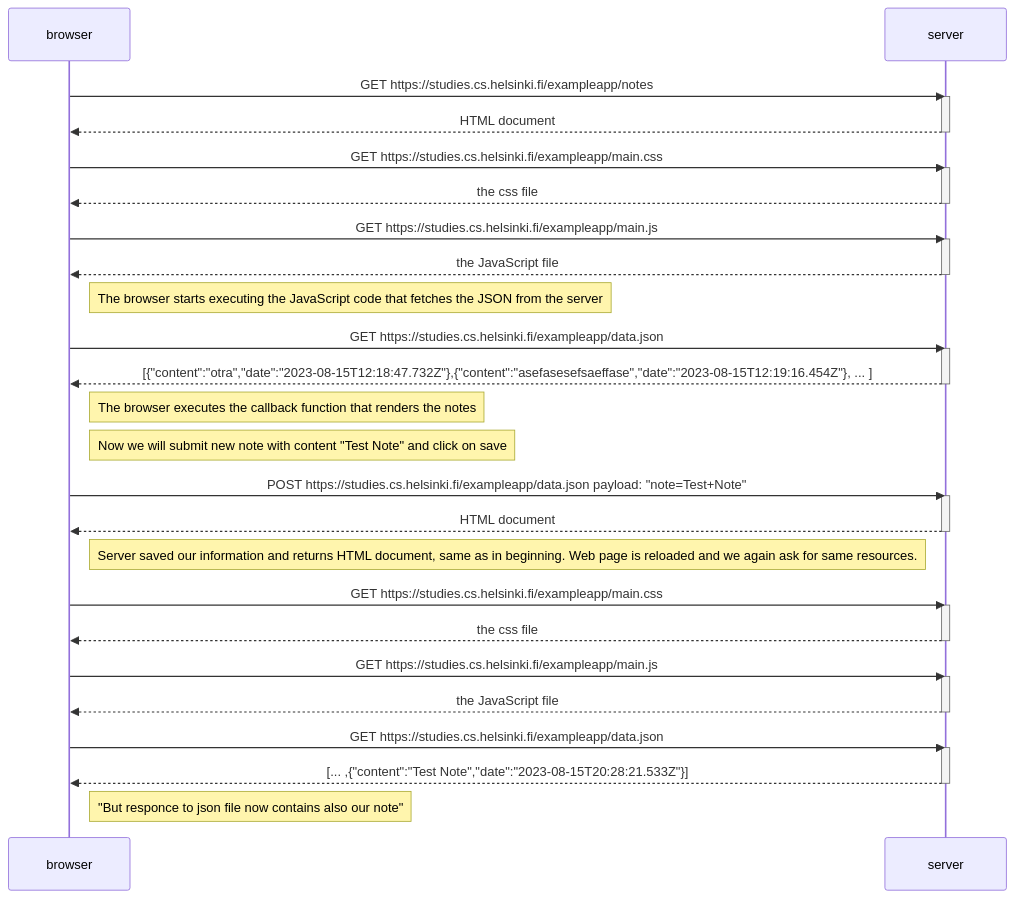
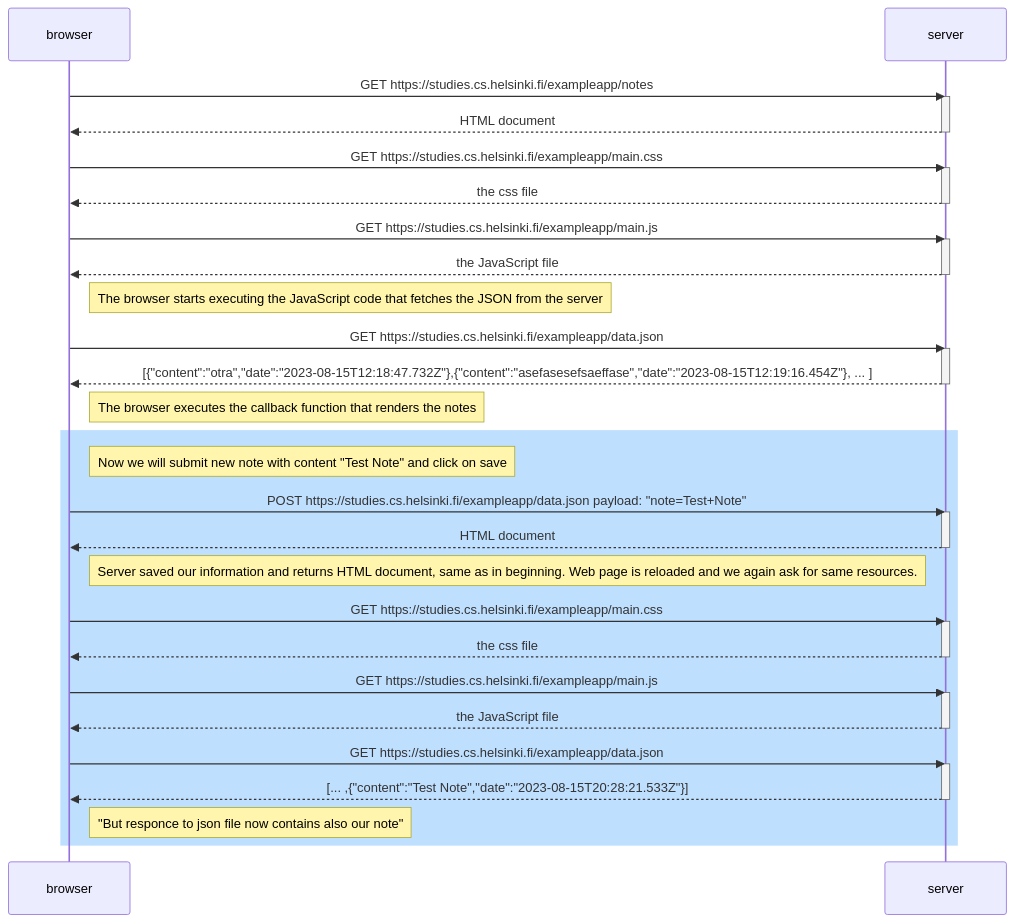
One commit to burlito/hy-fullstack-submission-repository changed the diagram in part0/4_new_note.mmd. Above: the diagram before and after it, drawn with Mermaid. The commit also changed 1 other file, not shown here.

```diff
--- a/part0/4_new_note.mmd
+++ b/part0/4_new_note.mmd
@@ -1,52 +1,54 @@
 sequenceDiagram
     participant browser
     participant server
 
     browser->>server: GET https://studies.cs.helsinki.fi/exampleapp/notes
     activate server
     server-->>browser: HTML document
     deactivate server
 
     browser->>server: GET https://studies.cs.helsinki.fi/exampleapp/main.css
     activate server
     server-->>browser: the css file
     deactivate server
 
     browser->>server: GET https://studies.cs.helsinki.fi/exampleapp/main.js
     activate server
     server-->>browser: the JavaScript file
     deactivate server
 
     Note right of browser: The browser starts executing the JavaScript code that fetches the JSON from the server
 
     browser->>server: GET https://studies.cs.helsinki.fi/exampleapp/data.json
     activate server
     server-->>browser: [{"content":"otra","date":"2023-08-15T12:18:47.732Z"},{"content":"asefasesefsaeffase","date":"2023-08-15T12:19:16.454Z"}, ... ]
     deactivate server
 
     Note right of browser: The browser executes the callback function that renders the notes
 
+    rect rgb(191, 223, 255)
 	Note right of browser: Now we will submit new note with content "Test Note" and click on save
 
     browser->>server: POST https://studies.cs.helsinki.fi/exampleapp/data.json payload: "note=Test+Note"
     activate server
     server-->>browser: HTML document
     deactivate server
 
 	Note  right of browser: Server saved our information and returns HTML document, same as in beginning. Web page is reloaded and we again ask for same resources.
 
-   browser->>server: GET https://studies.cs.helsinki.fi/exampleapp/main.css
+    browser->>server: GET https://studies.cs.helsinki.fi/exampleapp/main.css
     activate server
     server-->>browser: the css file
     deactivate server
 
     browser->>server: GET https://studies.cs.helsinki.fi/exampleapp/main.js
     activate server
     server-->>browser: the JavaScript file
     deactivate server
 
     browser->>server: GET https://studies.cs.helsinki.fi/exampleapp/data.json
     activate server
     server-->>browser: [... ,{"content":"Test Note","date":"2023-08-15T20:28:21.533Z"}]
     deactivate server
     Note  right of browser: "But responce to json file now contains also our note" 
+    end
```
